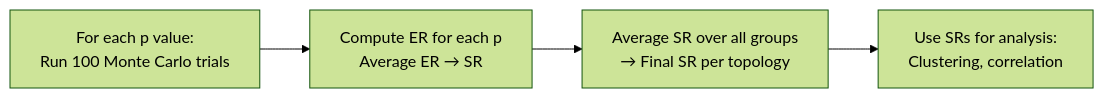
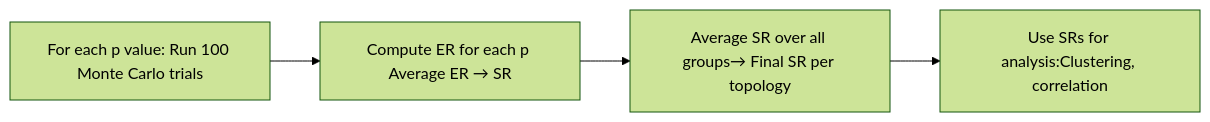
One commit to aoa1213/process-update changed the third of 4 diagrams in code_understanding/graph_manager.md. Above: the diagram before and after it, drawn with Mermaid (forest theme). The commit also changed other lines of this file, not shown here.

````diff
--- a/code_understanding/graph_manager.md
+++ b/code_understanding/graph_manager.md
@@ -38,9 +38,9 @@
 ```mermaid 
 flowchart LR
-    E[For each p value:\nRun 100 Monte Carlo trials]
-    F[Compute ER for each p\nAverage ER → SR]
-    G[Average SR over all groups\n→ Final SR per topology]
-    H[Use SRs for analysis:\nClustering, correlation]
+    E[For each p value: Run 100 Monte Carlo trials]
+    F[Compute ER for each p Average ER → SR]
+    G[Average SR over all groups→ Final SR per topology]
+    H[Use SRs for analysis:Clustering, correlation]
 
     E --> F --> G --> H
 ```
````
